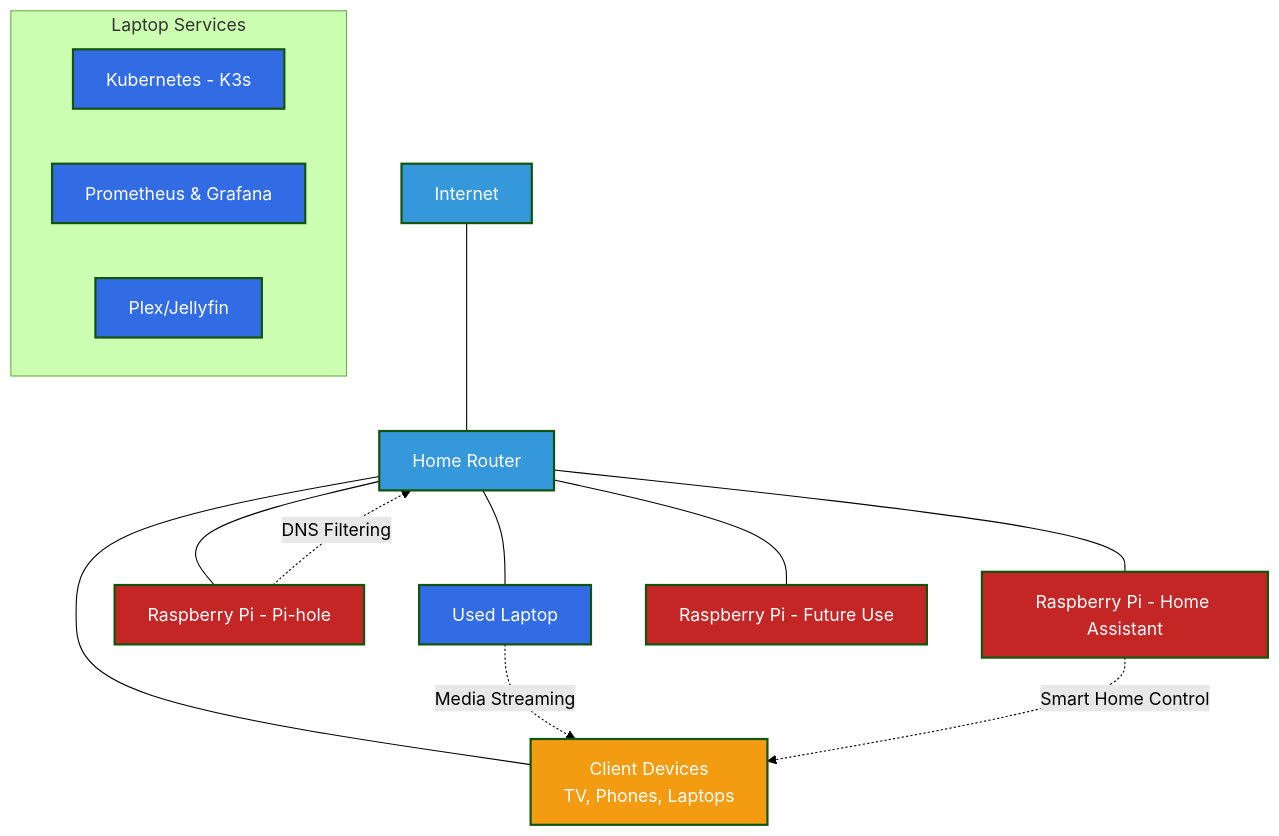
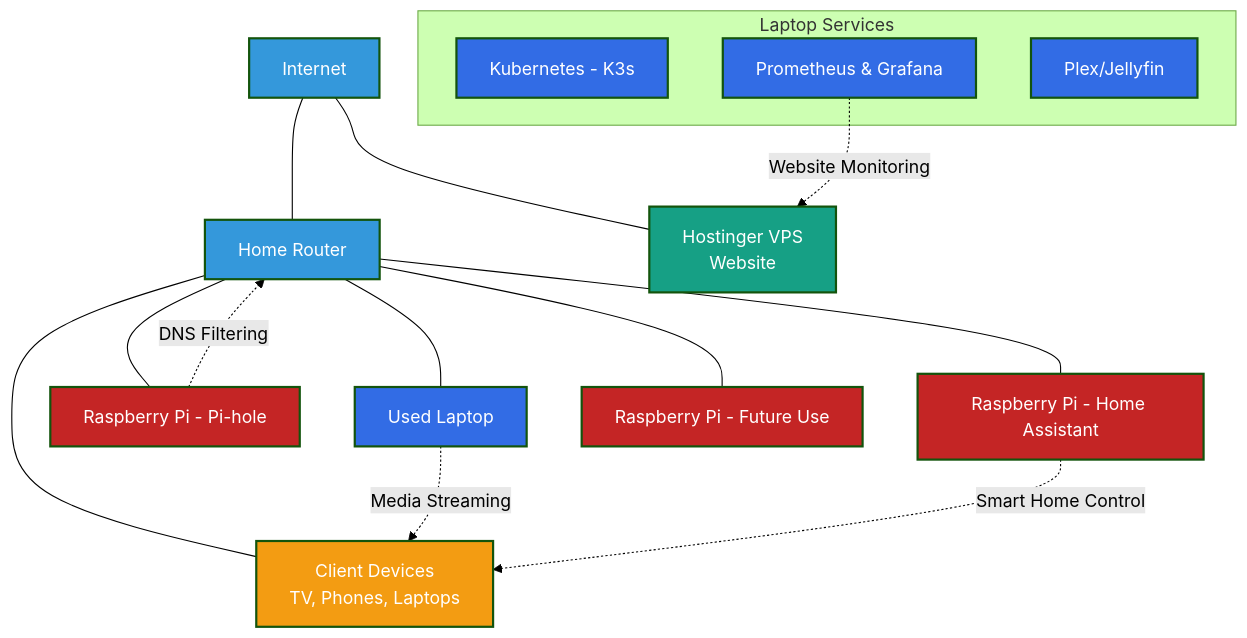
One commit to isri12/Kubernetes-_based_Home-_Lab changed the diagram in README.md. Above: the diagram before and after it, drawn with Mermaid (forest theme). The commit also changed other lines of this file, not shown here.

````diff
--- a/README.md
+++ b/README.md
@@ -16,43 +16,49 @@
 ```mermaid
 graph TB
     %% Main Components
     Internet[Internet]
     Router[Home Router]
     
     Laptop[Used Laptop]
     subgraph "Laptop Services"
         K8s[Kubernetes - K3s]
         Monitoring[Prometheus & Grafana]
         Media[Plex/Jellyfin]
     end
     
     PiHole[Raspberry Pi - Pi-hole]
     HomeAssist[Raspberry Pi - Home Assistant]
     OtherPi[Raspberry Pi - Future Use]
     
+    HostingerVPS[Hostinger VPS<br>Website]
+    
     Devices[Client Devices<br>TV, Phones, Laptops]
     
     %% Connections
     Internet --- Router
     Router --- Laptop
     Router --- PiHole
     Router --- HomeAssist
     Router --- OtherPi
     Router --- Devices
+    Internet --- HostingerVPS
     
     %% Service Data Flows
     PiHole -.DNS Filtering.-> Router
     Laptop -.Media Streaming.-> Devices
     HomeAssist -.Smart Home Control.-> Devices
+    Monitoring -.Website Monitoring.-> HostingerVPS
     
     %% Styling
     classDef laptop fill:#326CE5,color:white,stroke-width:2px;
     classDef raspberry fill:#c42525,color:white,stroke-width:2px;
     classDef network fill:#3498db,color:white,stroke-width:2px;
     classDef client fill:#f39c12,color:white,stroke-width:2px;
+    classDef vps fill:#16a085,color:white,stroke-width:2px;
     
     class Laptop,K8s,Monitoring,Media laptop;
     class PiHole,HomeAssist,OtherPi raspberry;
     class Internet,Router network;
     class Devices client;
+    class HostingerVPS vps;
 ```
````
